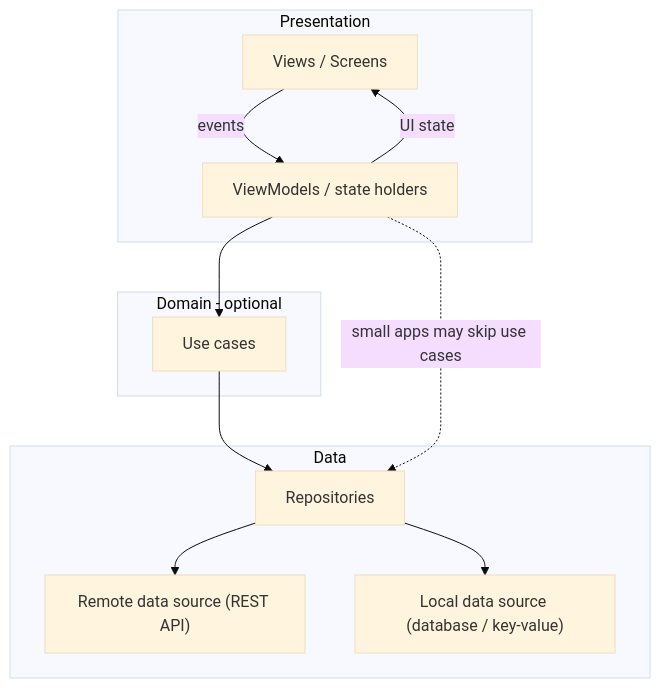
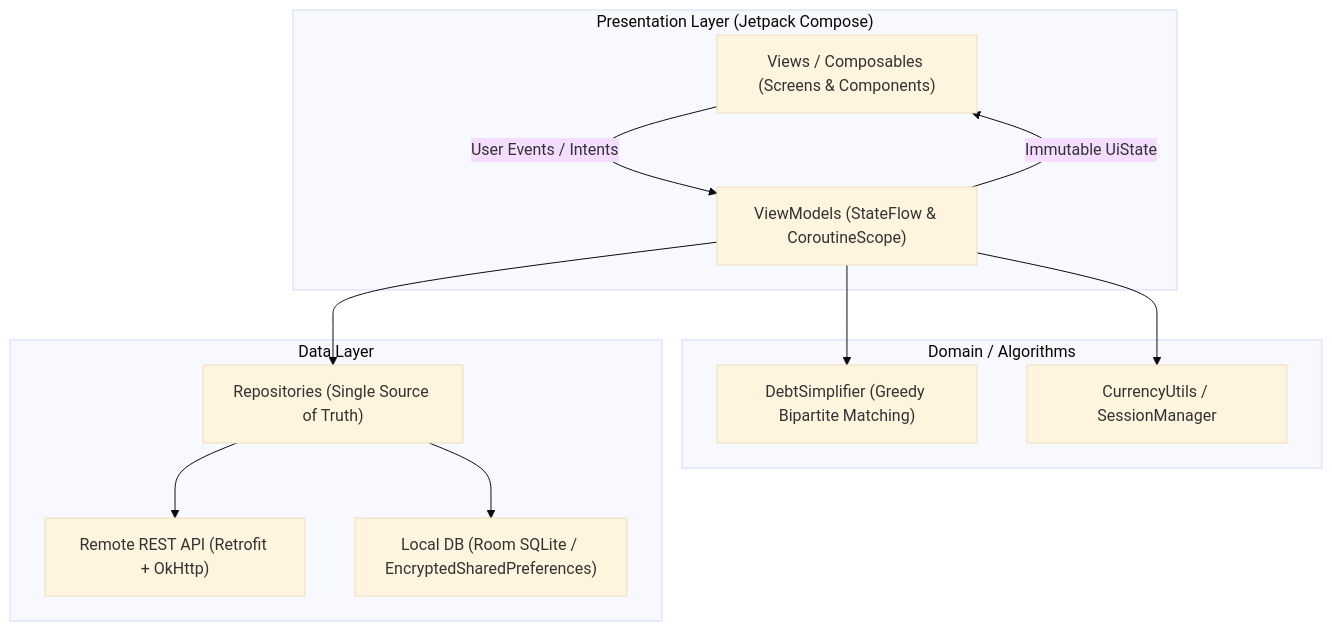
One commit to Xuananhdeptrai2109/Mobile-app changed the first of 2 diagrams in docs/architecture.md. Above: the diagram before and after it, drawn with Mermaid (base theme). The commit also changed other lines of this file and 23 other files, not shown here.

````diff
--- a/docs/architecture.md
+++ b/docs/architecture.md
@@ -12,21 +11,26 @@
 ```mermaid
 graph TD
-    subgraph Presentation
-        UI["Views / Screens"]
-        VM["ViewModels / state holders"]
-        UI -->|events| VM
-        VM -->|UI state| UI
+    subgraph Presentation ["Presentation Layer (Jetpack Compose)"]
+        UI["Views / Composables (Screens & Components)"]
+        VM["ViewModels (StateFlow & CoroutineScope)"]
+        UI -->|User Events / Intents| VM
+        VM -->|Immutable UiState| UI
     end
-    subgraph Domain - optional
-        UC["Use cases"]
+
+    subgraph Domain ["Domain / Algorithms"]
+        ALGO["DebtSimplifier (Greedy Bipartite Matching)"]
+        UTIL["CurrencyUtils / SessionManager"]
+        VM --> ALGO
+        VM --> UTIL
     end
-    subgraph Data
-        REPO["Repositories"]
-        REMOTE["Remote data source (REST API)"]
-        LOCAL["Local data source (database / key-value)"]
+
+    subgraph Data ["Data Layer"]
+        REPO["Repositories (Single Source of Truth)"]
+        REMOTE["Remote REST API (Retrofit + OkHttp)"]
+        LOCAL["Local DB (Room SQLite / EncryptedSharedPreferences)"]
         REPO --> REMOTE
         REPO --> LOCAL
     end
-    VM --> UC --> REPO
-    VM -.->|small apps may skip use cases| REPO
+
+    VM --> REPO
 ```
````
